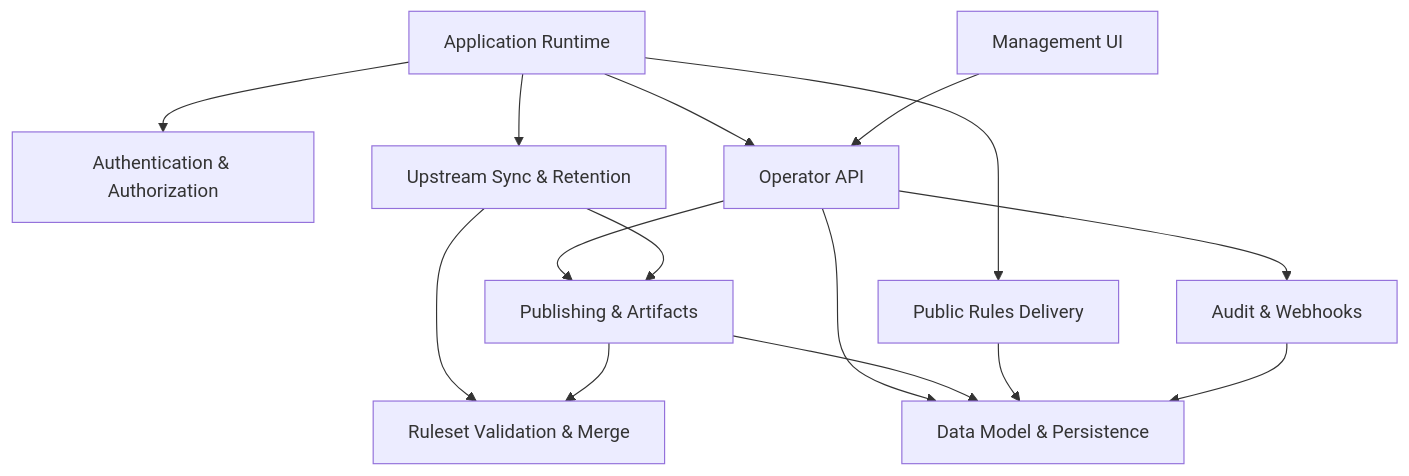
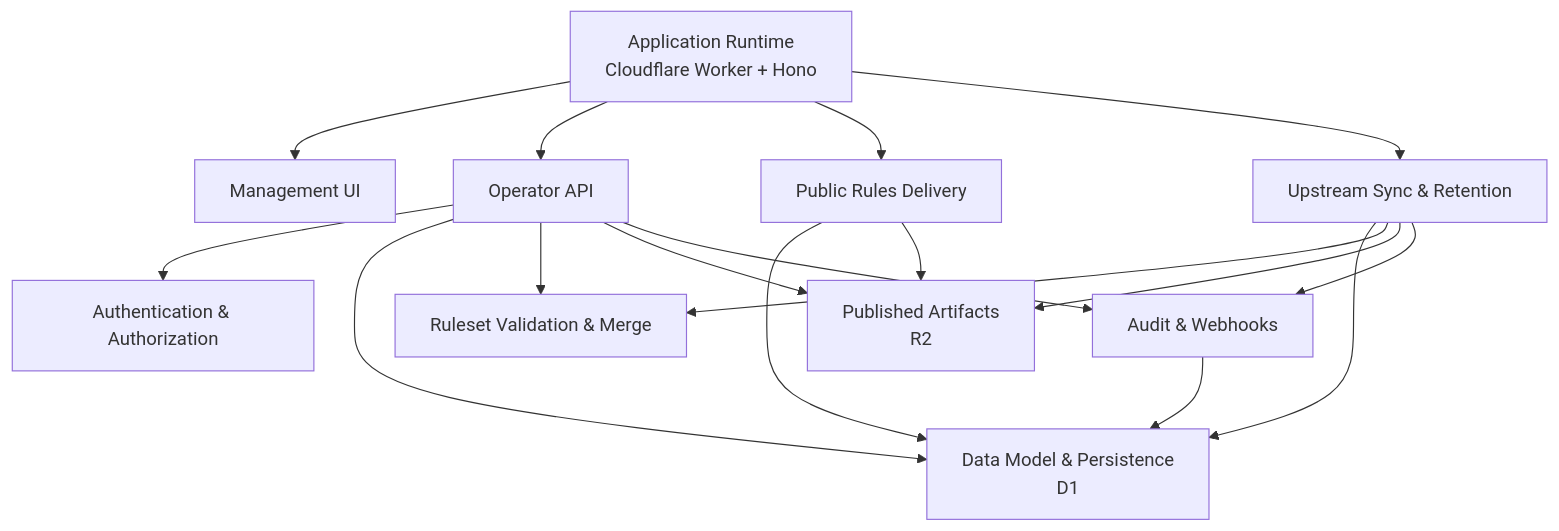
One commit to DailenG/CheckDeployManager changed the diagram in docs/wiki/README.md. Above: the diagram before and after it, drawn with Mermaid. The commit also changed other lines of this file and 14 other files, not shown here.

````diff
--- a/docs/wiki/README.md
+++ b/docs/wiki/README.md
@@ -16,28 +16,34 @@
 ```mermaid
 flowchart TD
-  Runtime[Application Runtime]
-  Auth[Authentication & Authorization]
+  Worker[Application Runtime<br/>Cloudflare Worker + Hono]
   UI[Management UI]
   API[Operator API]
-  DB[Data Model & Persistence]
-  Validation[Ruleset Validation & Merge]
-  Publish[Publishing & Artifacts]
+  Public[Public Rules Delivery]
+  Auth[Authentication & Authorization]
+  DB[Data Model & Persistence<br/>D1]
+  R2[Published Artifacts<br/>R2]
+  Merge[Ruleset Validation & Merge]
   Sync[Upstream Sync & Retention]
-  Public[Public Rules Delivery]
   Audit[Audit & Webhooks]
 
-  Runtime --> Auth
-  Runtime --> API
-  Runtime --> Public
-  Runtime --> Sync
-  UI --> API
+  Worker --> UI
+  Worker --> API
+  Worker --> Public
+  Worker --> Sync
+
+  API --> Auth
   API --> DB
-  API --> Publish
+  API --> Merge
+  API --> R2
   API --> Audit
-  Sync --> Validation
-  Sync --> Publish
-  Publish --> Validation
-  Publish --> DB
+
   Public --> DB
+  Public --> R2
+
+  Sync --> DB
+  Sync --> Merge
+  Sync --> R2
+  Sync --> Audit
+
   Audit --> DB
 ```
````
